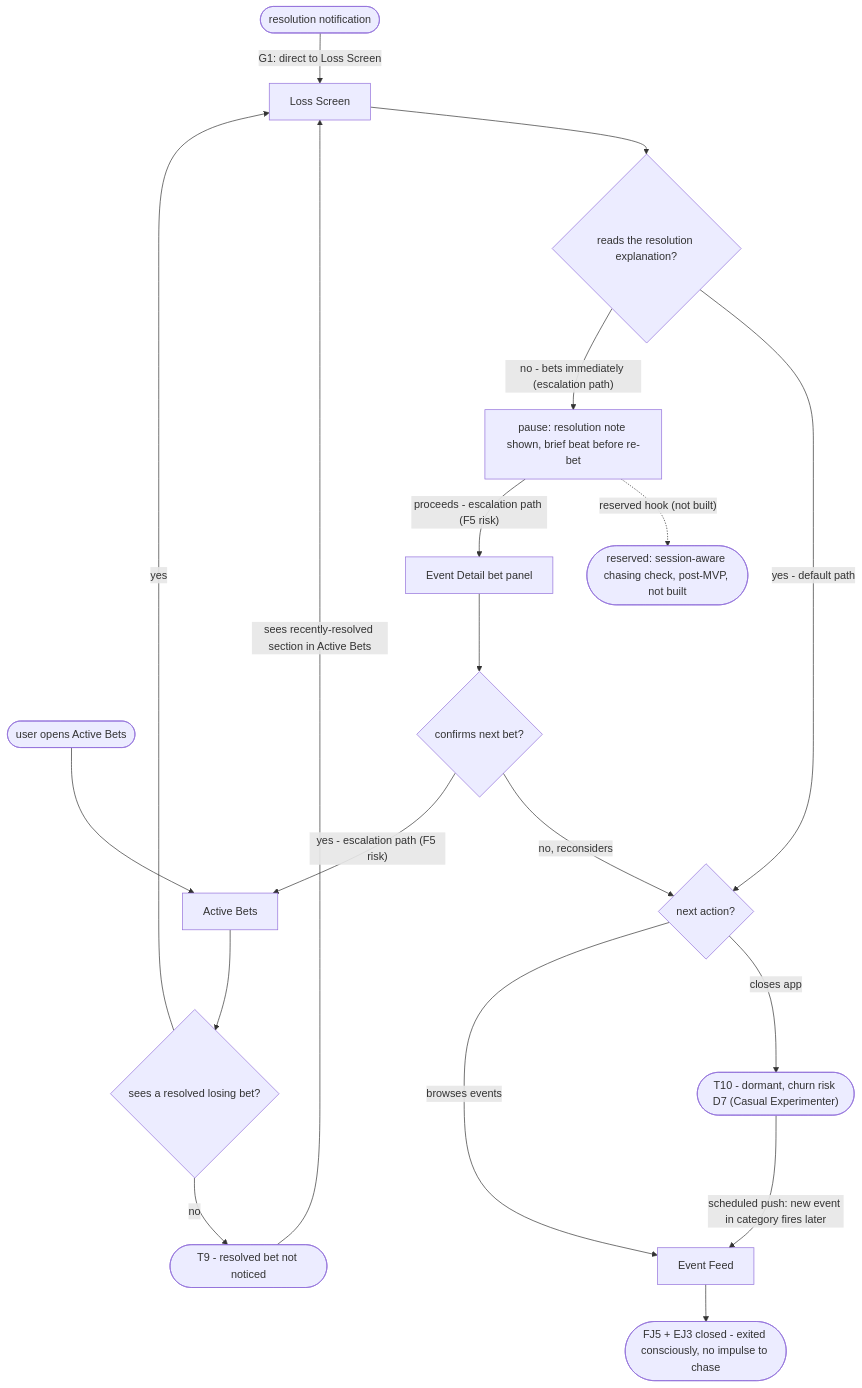
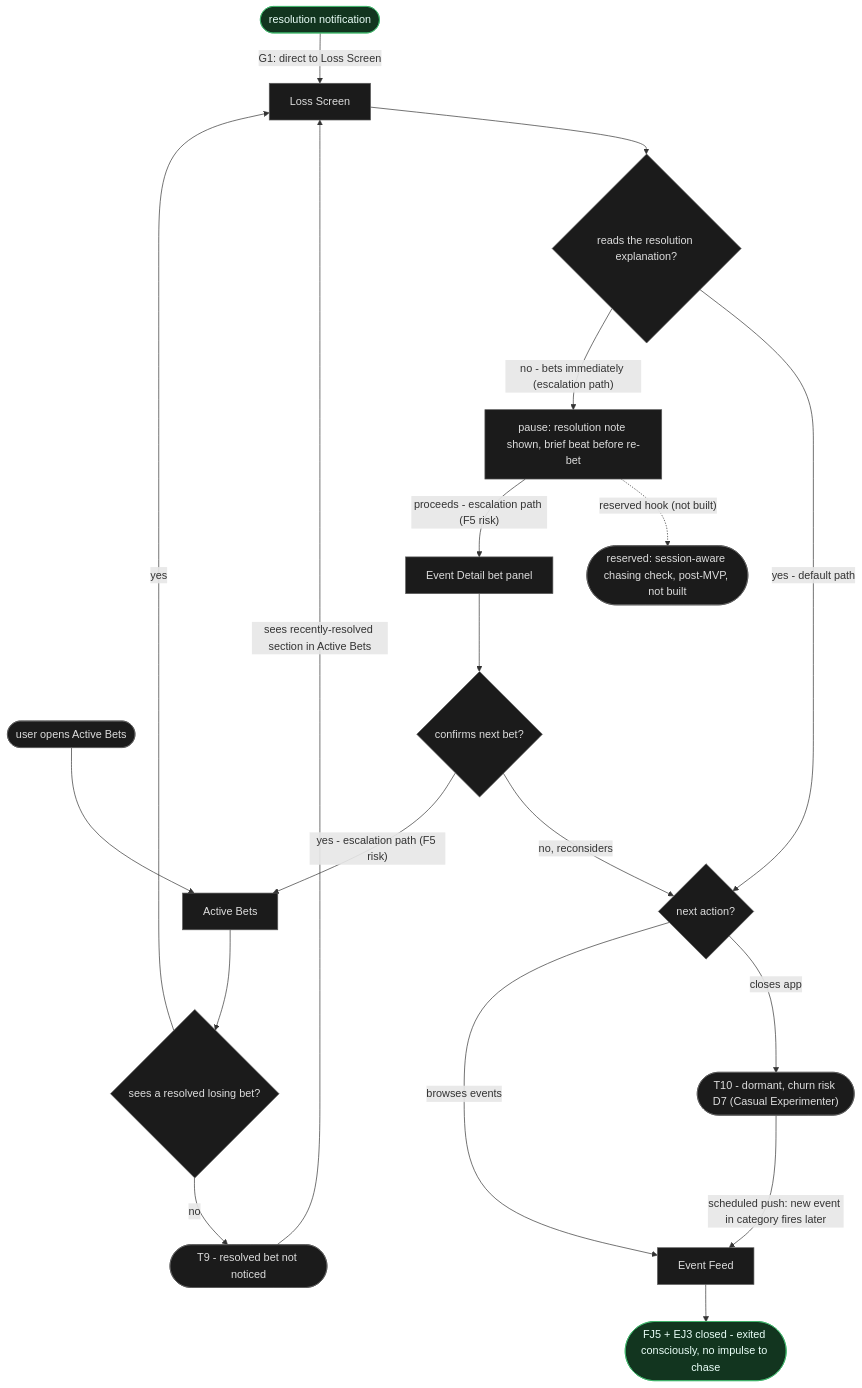
Before and after one commit to sergiodesign4u-dot/predict-market: the third of 4 diagrams in ia/docs/flows.md, drawn with Mermaid. The commit also changed other lines of this file and 30 other files, not shown here.

First line of the commit message:
IA reconcile (Stage 03a targeted): concept-map + colored flows + Basic/Detailed sidebar

````diff
--- a/ia/docs/flows.md
+++ b/ia/docs/flows.md
@@ -156,37 +190,43 @@
 ```mermaid
 flowchart TD
     nextAction{"next action?"}
 
     %% Path A: G1 - resolution notification routes directly to Loss Screen (fast path)
     %% Loss Screen is otherwise 4 taps deep; G1 cuts this so the resolution note reaches the user before the impulse to chase.
     triggerNotif(["resolution notification"])
     triggerNotif -->|"G1: direct to Loss Screen"| LS["Loss Screen"]
 
     %% Path B: manual - user opens Active Bets, finds the resolved item
     triggerManual(["user opens Active Bets"])
     triggerManual --> AB["Active Bets"]
     AB --> seesResolved{"sees a resolved losing bet?"}
     seesResolved -->|"no"| T9(["T9 - resolved bet not noticed"])
     T9 -->|"sees recently-resolved section in Active Bets"| LS
     seesResolved -->|"yes"| LS
 
     LS --> readsNote{"reads the resolution explanation?"}
 
     %% Default beat: resolution note is read first, then next action
     readsNote -->|"yes - default path"| nextAction
 
     %% Escalation path: user skips note and bets immediately - routes through friction node
     readsNote -->|"no - bets immediately (escalation path)"| pause["pause: resolution note shown, brief beat before re-bet"]
     sessionHook(["reserved: session-aware chasing check, post-MVP, not built"])
     pause -.->|"reserved hook (not built)"| sessionHook
     pause -->|"proceeds - escalation path (F5 risk)"| BS["Event Detail bet panel"]
     BS --> escalationConfirm{"confirms next bet?"}
     escalationConfirm -->|"no, reconsiders"| nextAction
     escalationConfirm -->|"yes - escalation path (F5 risk)"| AB
 
     nextAction -->|"closes app"| T10(["T10 - dormant, churn risk D7 (Casual Experimenter)"])
     T10 -->|"scheduled push: new event in category fires later"| EF["Event Feed"]
     nextAction -->|"browses events"| EF
 
     EF --> fj5Done(["FJ5 + EJ3 closed - exited consciously, no impulse to chase"])
+
+    classDef success fill:#12351f,stroke:#3fb56b,color:#eafff9;
+    classDef dead fill:#3a1618,stroke:#e5484d,color:#ffd7d7;
+    classDef neutral fill:#1b1b1b,stroke:#5a5a5a,color:#dddddd;
+    class triggerNotif,fj5Done success;
+    class nextAction,triggerManual,AB,seesResolved,T9,LS,readsNote,pause,sessionHook,BS,escalationConfirm,T10,EF neutral;
 ```
````
